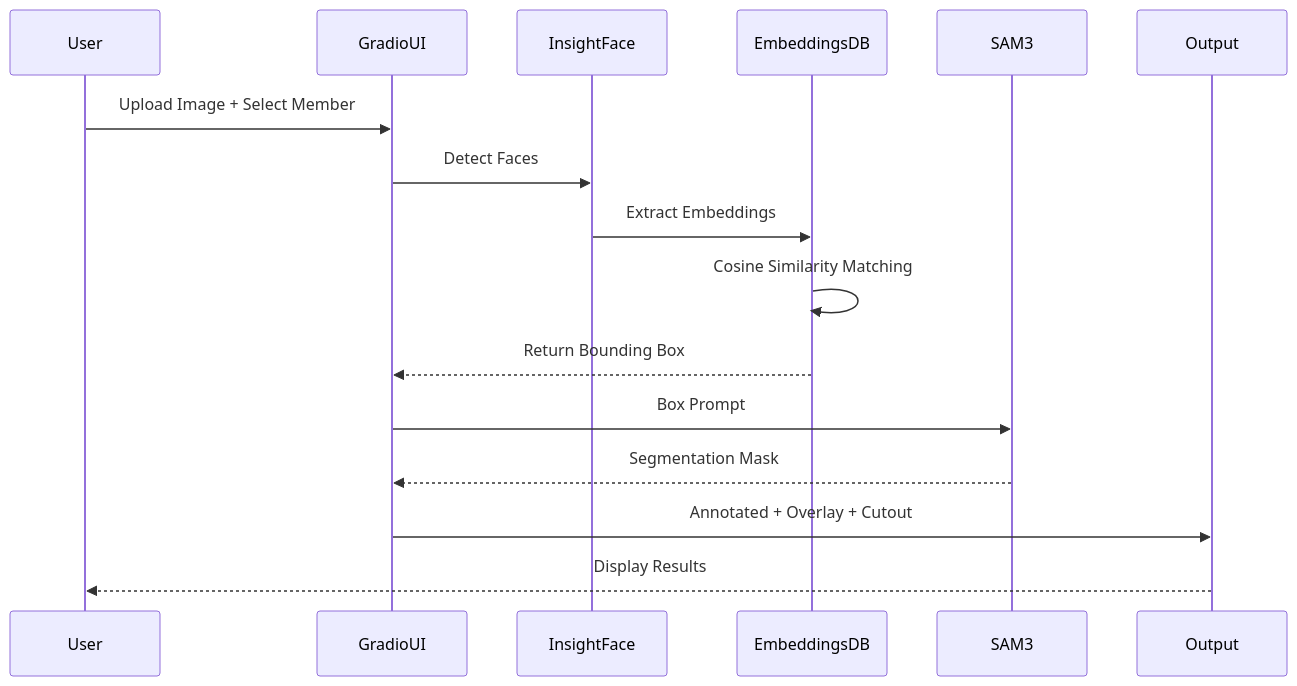
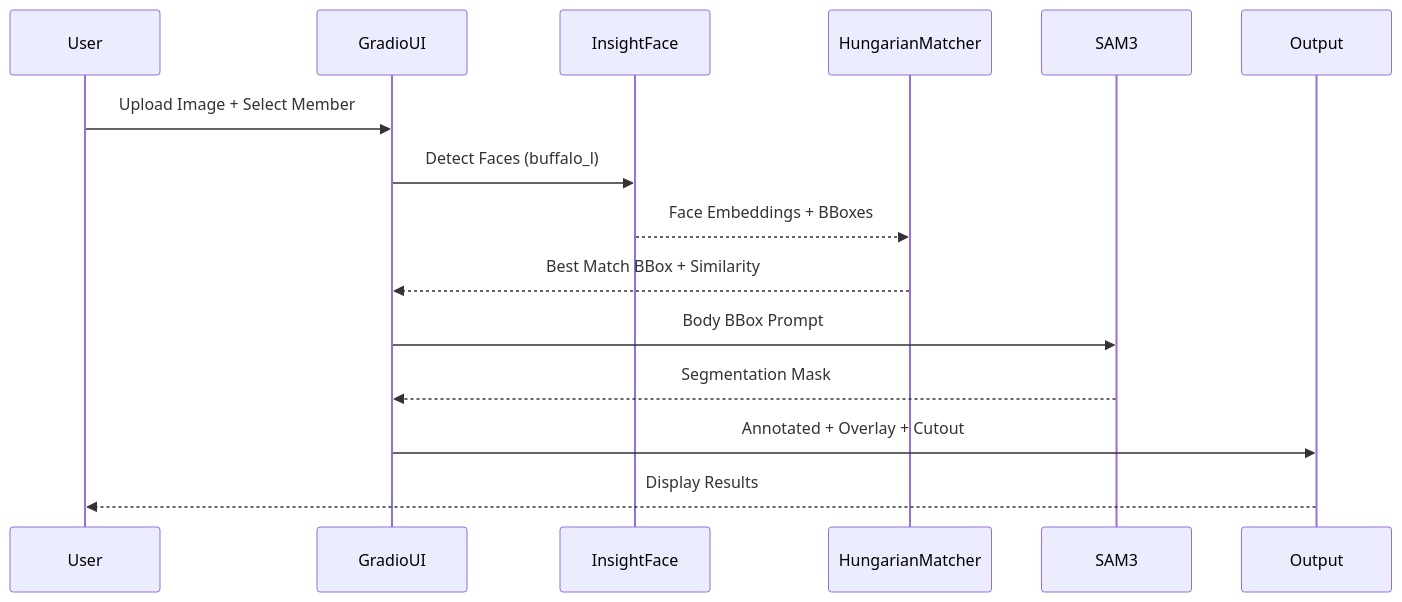
One commit to 68076012/SEGMENTATION_IVE changed the second of 2 diagrams in README.md. Above: the diagram before and after it, drawn with Mermaid. The commit also changed other lines of this file and 6 other files, not shown here.

First line of the commit message:
feat: working member segmentation with SAM3 + InsightFace

````diff
--- a/README.md
+++ b/README.md
@@ -94,19 +93,18 @@
 ```mermaid
 sequenceDiagram
     participant User
     participant GradioUI
     participant InsightFace
-    participant EmbeddingsDB
+    participant HungarianMatcher
     participant SAM3
     participant Output
 
     User->>GradioUI: Upload Image + Select Member
-    GradioUI->>InsightFace: Detect Faces
-    InsightFace->>EmbeddingsDB: Extract Embeddings
-    EmbeddingsDB->>EmbeddingsDB: Cosine Similarity Matching
-    EmbeddingsDB-->>GradioUI: Return Bounding Box
-    GradioUI->>SAM3: Box Prompt
+    GradioUI->>InsightFace: Detect Faces (buffalo_l)
+    InsightFace-->>HungarianMatcher: Face Embeddings + BBoxes
+    HungarianMatcher-->>GradioUI: Best Match BBox + Similarity
+    GradioUI->>SAM3: Body BBox Prompt
     SAM3-->>GradioUI: Segmentation Mask
     GradioUI->>Output: Annotated + Overlay + Cutout
     Output-->>User: Display Results
 ```
````
